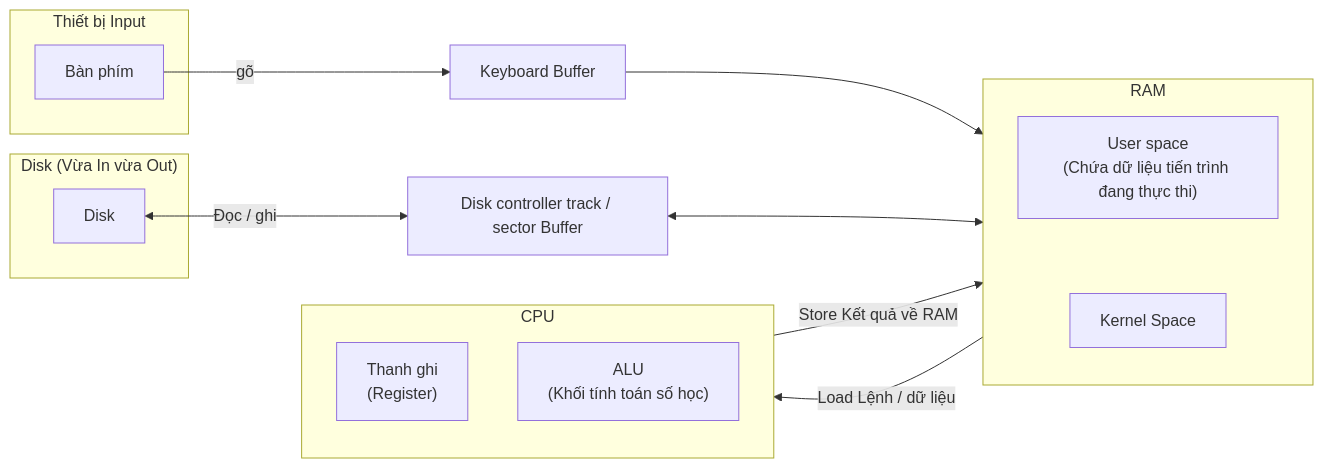
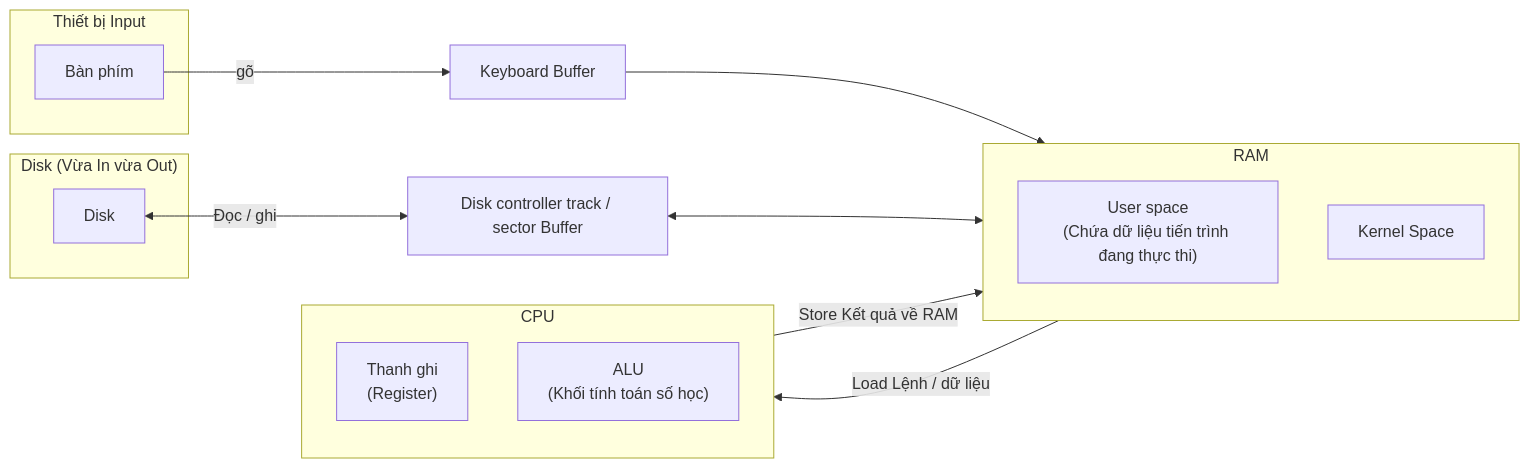
The fifth of 10 diagrams in OperatingSystem/OS_scratch/Concepts_OS/Intro_OS/Lession4.md (Duc-Lee/LLMserving_GPUoptimization), drawn with Mermaid before and after one commit. The commit also changed other lines of this file, not shown here.

````diff
--- a/OperatingSystem/OS_scratch/Concepts_OS/Intro_OS/Lession4.md
+++ b/OperatingSystem/OS_scratch/Concepts_OS/Intro_OS/Lession4.md
@@ -91,36 +78,35 @@
 ```mermaid
 flowchart LR
     subgraph INPUT_DEV ["Thiết bị Input"]
         KB["Bàn phím"]
     end
 
     KB_BUF["Keyboard Buffer"]
 
     subgraph DISK_DEV ["Disk (Vừa In vừa Out)"]
         DISK["Disk"]
     end
 
     DISK_BUF["Disk controller track / sector Buffer"]
 
     subgraph RAM ["RAM"]
         direction TB
         US["User space<br/>(Chứa dữ liệu tiến trình đang thực thi)"]
         KS["Kernel Space"]
-        US ~~~ KS
     end
 
     subgraph CPU ["CPU"]
         direction TB
         REG["Thanh ghi<br/>(Register)"]
         ALU["ALU<br/>(Khối tính toán số học)"]
     end
 
     KB -->|"gõ"| KB_BUF
     KB_BUF --> US
 
     DISK <--> |"Đọc / ghi"| DISK_BUF
     DISK_BUF <--> US
 
     US -->|"Load Lệnh / dữ liệu"| REG
     ALU -->|"Store Kết quả về RAM"| US
 ```
````
